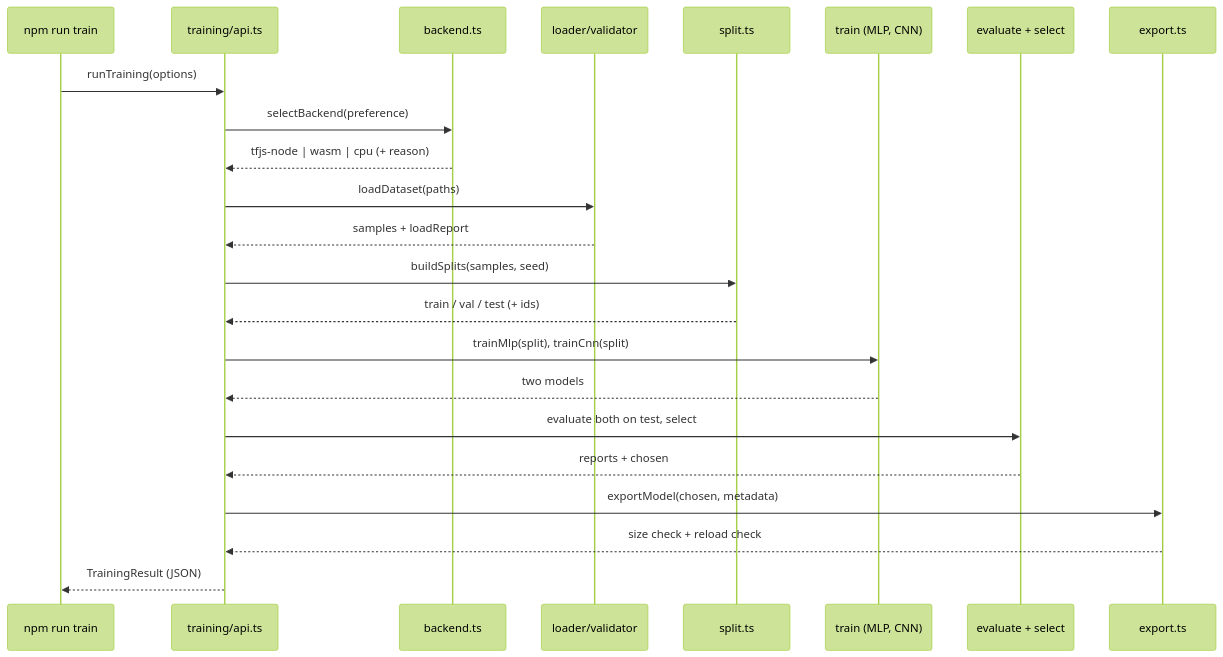
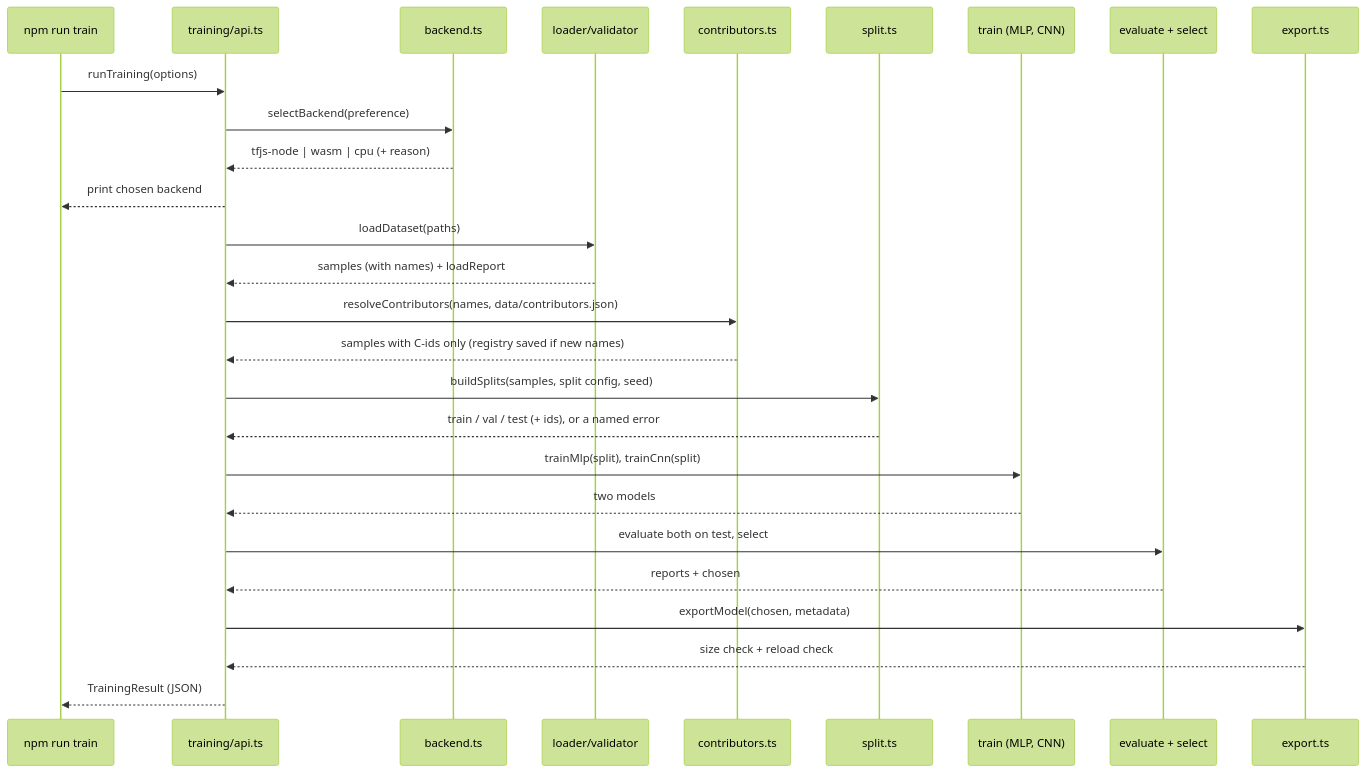
One commit to VijayaY836/Needalaata changed the second of 3 diagrams in .kiro/specs/classifier/design.md. Above: the diagram before and after it, drawn with Mermaid (forest theme). The commit also changed other lines of this file and 23 other files, not shown here.

````diff
--- a/.kiro/specs/classifier/design.md
+++ b/.kiro/specs/classifier/design.md
@@ -108,26 +124,30 @@
 ```mermaid
 sequenceDiagram
     participant CLI as npm run train
     participant API as training/api.ts
     participant BE as backend.ts
     participant L as loader/validator
+    participant R as contributors.ts
     participant S as split.ts
     participant T as train (MLP, CNN)
     participant E as evaluate + select
     participant X as export.ts
 
     CLI->>API: runTraining(options)
     API->>BE: selectBackend(preference)
     BE-->>API: tfjs-node | wasm | cpu (+ reason)
+    API-->>CLI: print chosen backend
     API->>L: loadDataset(paths)
-    L-->>API: samples + loadReport
-    API->>S: buildSplits(samples, seed)
-    S-->>API: train / val / test (+ ids)
+    L-->>API: samples (with names) + loadReport
+    API->>R: resolveContributors(names, data/contributors.json)
+    R-->>API: samples with C-ids only (registry saved if new names)
+    API->>S: buildSplits(samples, split config, seed)
+    S-->>API: train / val / test (+ ids), or a named error
     API->>T: trainMlp(split), trainCnn(split)
     T-->>API: two models
     API->>E: evaluate both on test, select
     E-->>API: reports + chosen
     API->>X: exportModel(chosen, metadata)
     X-->>API: size check + reload check
     API-->>CLI: TrainingResult (JSON)
 ```
````
